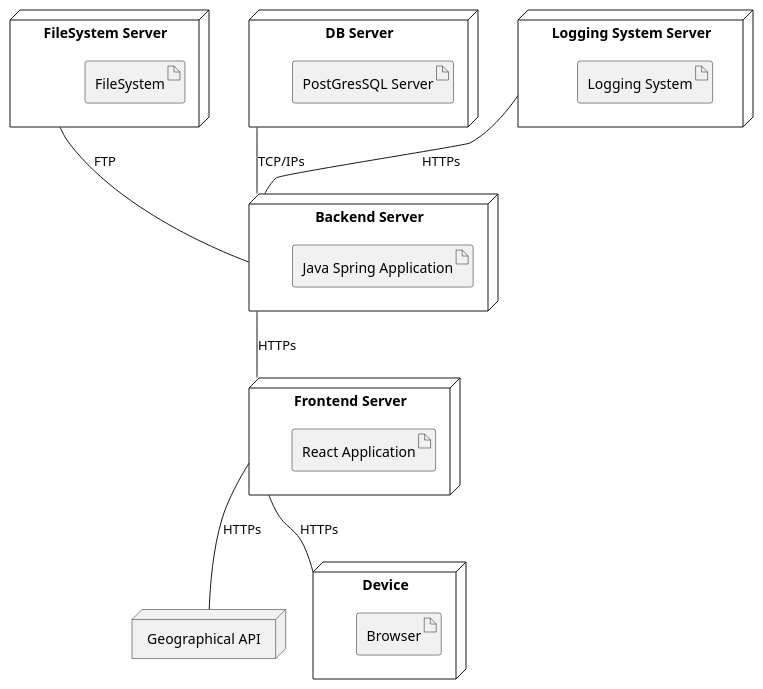
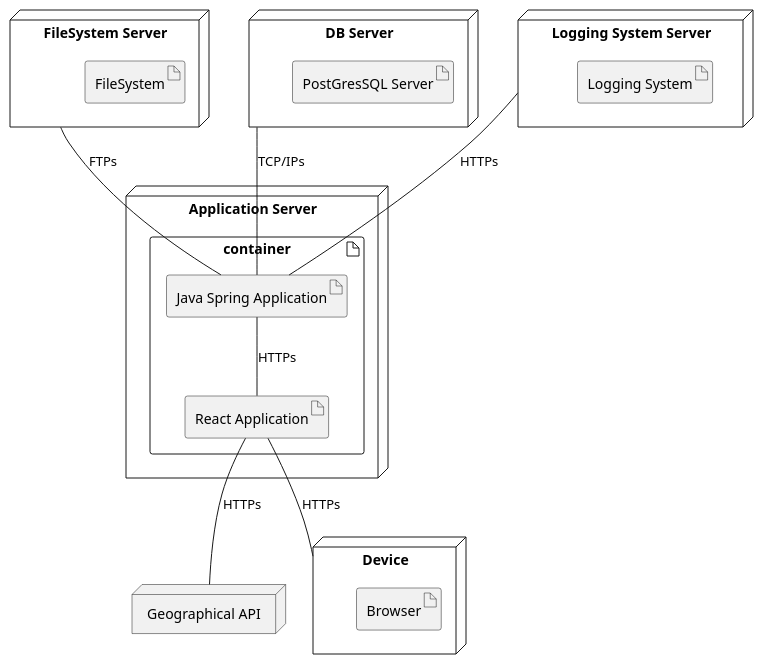
Before and after one commit to RafaelFaisca32/desofs2024_M1C_3: the diagram in Deliverables/Sprint1/Design/DeploymentDiagram/deploymentDiagram.puml, drawn with PlantUML. The commit also changed 4 other files, not shown here.

Commit message:
#6 Sprint 1 used Deployment Diagram

```diff
--- a/Deliverables/Sprint1/Design/DeploymentDiagram/deploymentDiagram.puml
+++ b/Deliverables/Sprint1/Design/DeploymentDiagram/deploymentDiagram.puml
@@ -1,35 +1,35 @@
 @startuml deployment
 
-node "Frontend Server" as fs{
-    artifact "React Application"
+node "Application Server" as appServer{
+    artifact container {
+        artifact "React Application" as ra 
+        artifact "Java Spring Application" as jsa
+    }
 }
 
 node "Device" as user {
     artifact "Browser" as bw
 }
 
 node "FileSystem Server" as fServer{
     artifact "FileSystem" as fileSystem
-}
-
-node "Backend Server" as backend{
-    artifact "Java Spring Application"
 }
 
 node "DB Server" as db {
     artifact "PostGresSQL Server" as PSQL
 }
 node "Geographical API" as gm
 
 node "Logging System Server" as lss {
     artifact "Logging System" as ls
 }
 
-fServer -- backend : "FTP"
-fs -- user : "HTTPs"
-fs -- gm : "HTTPs"
-backend -- fs : "HTTPs"
-db -- backend : "TCP/IPs"
-lss -- backend : "HTTPs"
+
+ra -- user : "HTTPs"
+ra -- gm : "HTTPs"
+db -- jsa : "TCP/IPs"
+lss -- jsa : "HTTPs"
+fServer -- jsa : "FTPs"
+jsa -- ra : "HTTPs"
 
 @enduml
```
